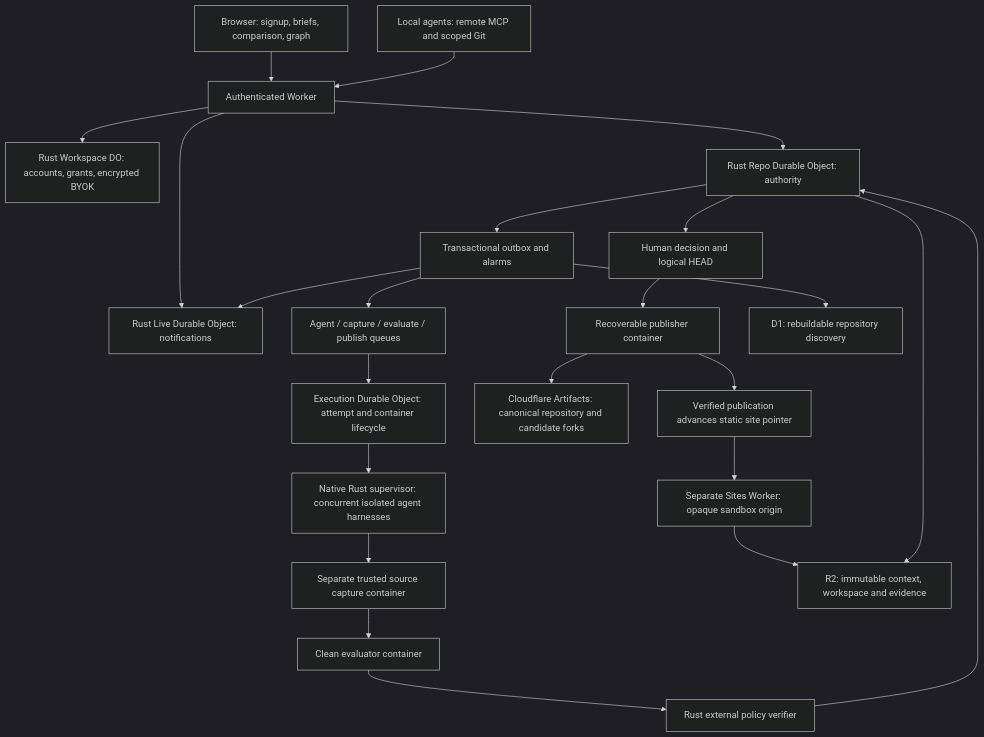
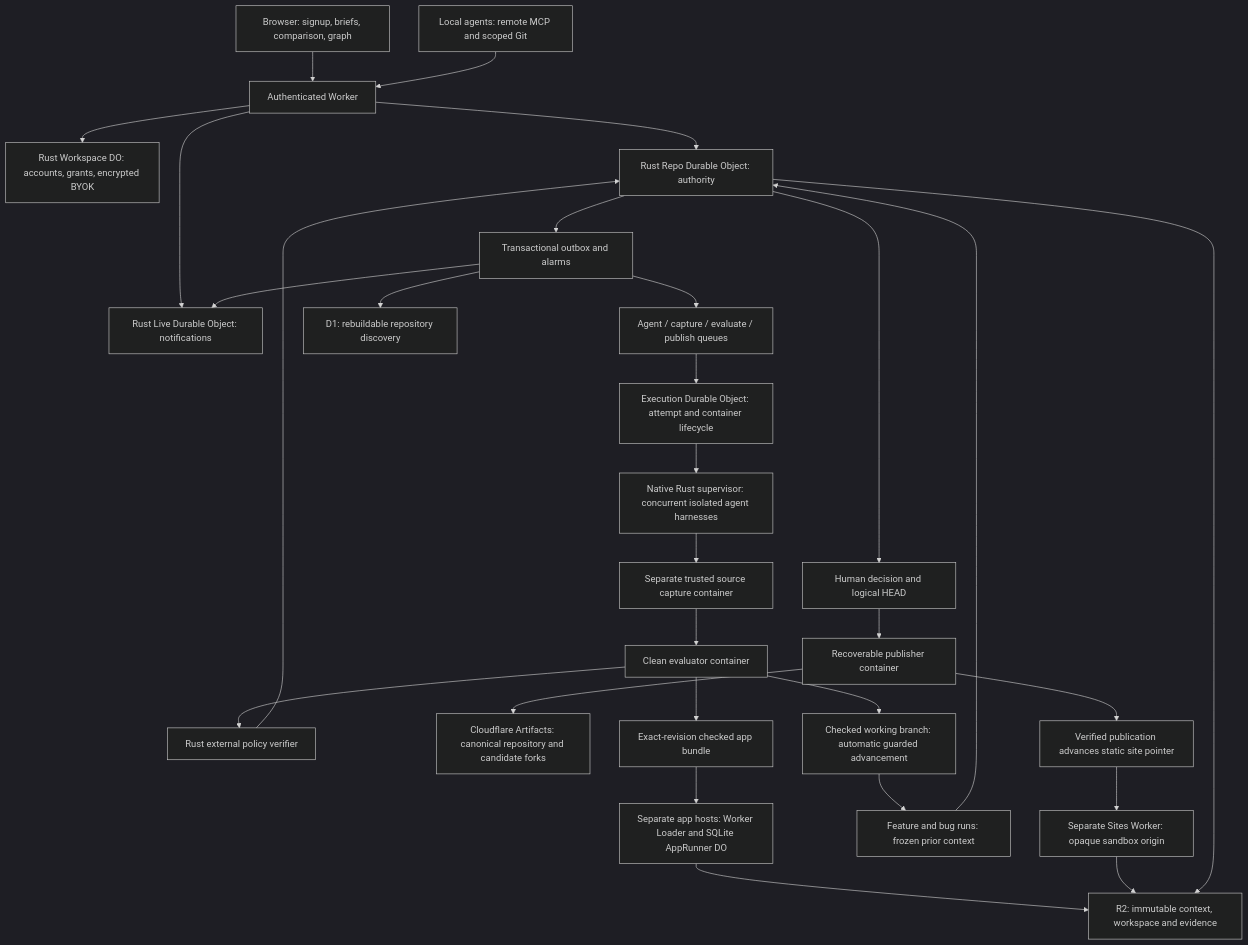
One commit to YonedaAI/yonedarepo changed the diagram in docs/architecture.md. Above: the diagram before and after it, drawn with Mermaid (dark theme). The commit also changed other lines of this file and 228 other files, not shown here.

Commit message:
feat: coordinate bounded agent app development with checked working branches

````diff
--- a/docs/architecture.md
+++ b/docs/architecture.md
@@ -3,25 +3,31 @@
 ```mermaid
 flowchart TD
   Browser[Browser: signup, briefs, comparison, graph] --> Edge[Authenticated Worker]
   External[Local agents: remote MCP and scoped Git] --> Edge
   Edge --> Workspace[Rust Workspace DO: accounts, grants, encrypted BYOK]
   Edge --> Repo[Rust Repo Durable Object: authority]
   Edge --> Live[Rust Live Durable Object: notifications]
   Repo --> Outbox[Transactional outbox and alarms]
   Outbox --> Queues[Agent / capture / evaluate / publish queues]
   Queues --> Execution[Execution Durable Object: attempt and container lifecycle]
   Execution --> Agents[Native Rust supervisor: concurrent isolated agent harnesses]
   Agents --> Capture[Separate trusted source capture container]
   Capture --> Evaluate[Clean evaluator container]
   Evaluate --> Verifier[Rust external policy verifier]
   Verifier --> Repo
   Repo --> Decision[Human decision and logical HEAD]
   Decision --> Publish[Recoverable publisher container]
   Publish --> Artifacts[Cloudflare Artifacts: canonical repository and candidate forks]
   Publish --> SitePointer[Verified publication advances static site pointer]
   SitePointer --> Sites[Separate Sites Worker: opaque sandbox origin]
+  Evaluate --> Working[Checked working branch: automatic guarded advancement]
+  Working --> Next[Feature and bug runs: frozen prior context]
+  Next --> Repo
+  Evaluate --> AppBundle[Exact-revision checked app bundle]
+  AppBundle --> Apps[Separate app hosts: Worker Loader and SQLite AppRunner DO]
+  Apps --> R2
   Sites --> R2
   Repo --> R2[R2: immutable context, workspace and evidence]
   Outbox --> D1[D1: rebuildable repository discovery]
   Outbox --> Live
 ```
````
